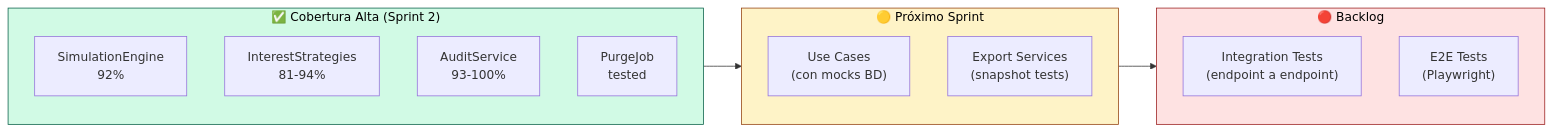
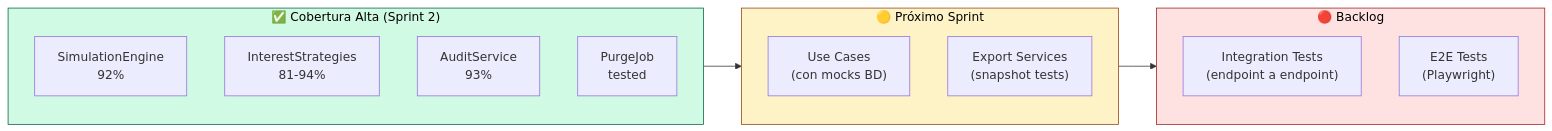
One commit to Dabji/Simulador-Credito-UPB changed the first of 2 diagrams in docs/architecture/test-evidence.md. Above: the diagram before and after it, drawn with Mermaid. The commit also changed other lines of this file and 2 other files, not shown here.

First line of the commit message:
docs(architecture): update system design and technical decisions to reflect current implementation details

````diff
--- a/docs/architecture/test-evidence.md
+++ b/docs/architecture/test-evidence.md
@@ -206,25 +206,25 @@
 ```mermaid
 graph LR
     subgraph ALTA["✅ Cobertura Alta (Sprint 2)"]
         A["SimulationEngine<br/>92%"]
         B["InterestStrategies<br/>81-94%"]
-        C["AuditService<br/>93-100%"]
+        C["AuditService<br/>93%"]
         D["PurgeJob<br/>tested"]
     end
 
     subgraph MEDIA["🟡 Próximo Sprint"]
         E["Use Cases<br/>(con mocks BD)"]
         F["Export Services<br/>(snapshot tests)"]
     end
 
     subgraph FUTURA["🔴 Backlog"]
         G["Integration Tests<br/>(endpoint a endpoint)"]
         H["E2E Tests<br/>(Playwright)"]
     end
 
     ALTA --> MEDIA --> FUTURA
 
     style ALTA fill:#D1FAE5,stroke:#065F46,color:#000
     style MEDIA fill:#FEF3C7,stroke:#92400E,color:#000
     style FUTURA fill:#FEE2E2,stroke:#991B1B,color:#000
 ```
````
